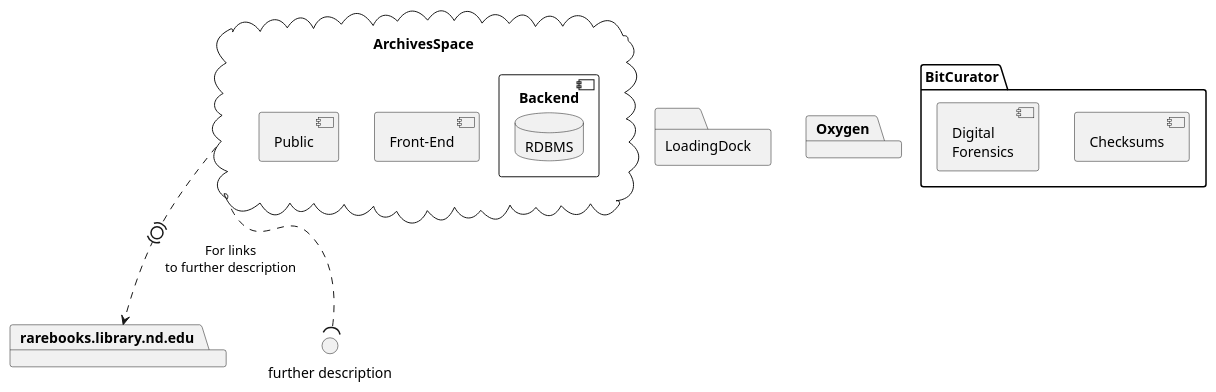
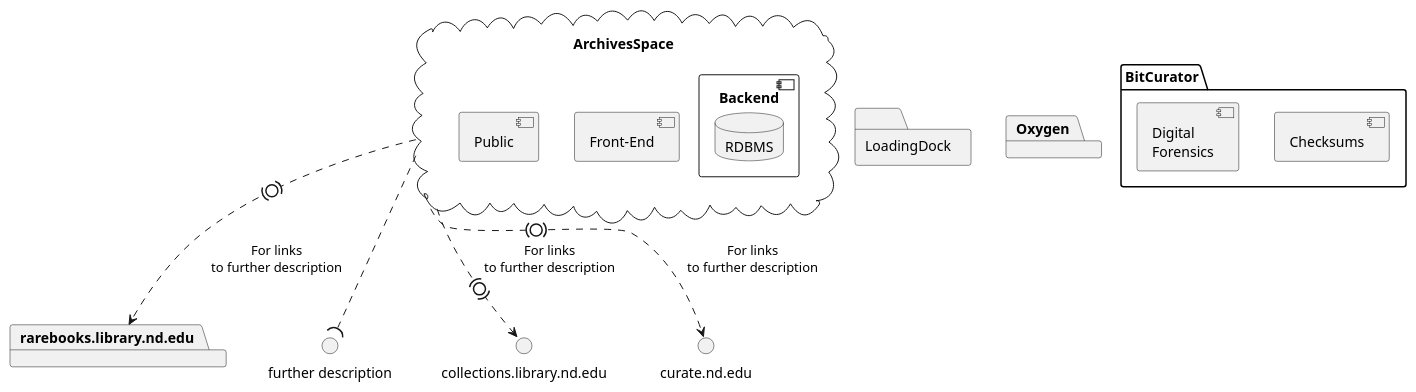
The diagram in plantuml/archivesspace.puml (ndlib/dam-ecosystem-mapping), drawn with PlantUML before and after one commit. The commit also changed 1 other file, not shown here.

Commit message:
Adding additional further description sites

```diff
--- a/plantuml/archivesspace.puml
+++ b/plantuml/archivesspace.puml
@@ -10,25 +10,27 @@
 @startuml
 
 
 cloud "ArchivesSpace" {
   component "Front-End"
   component "Public"
   component "Backend" {
     database "RDBMS"
   }
 }
 
 package "rarebooks.library.nd.edu"
 
 interface "further description" as FurtherDescription
 
 folder "LoadingDock"
 package "Oxygen"
 package "BitCurator" {
   component "Checksums"
   component "Digital\nForensics"
 }
 
 ArchivesSpace .(0).> rarebooks.library.nd.edu : "For links\nto further description"
+ArchivesSpace .(0).> collections.library.nd.edu : "For links\nto further description"
+ArchivesSpace .(0).> curate.nd.edu : "For links\nto further description"
 ArchivesSpace ..( FurtherDescription
 @enduml
```
